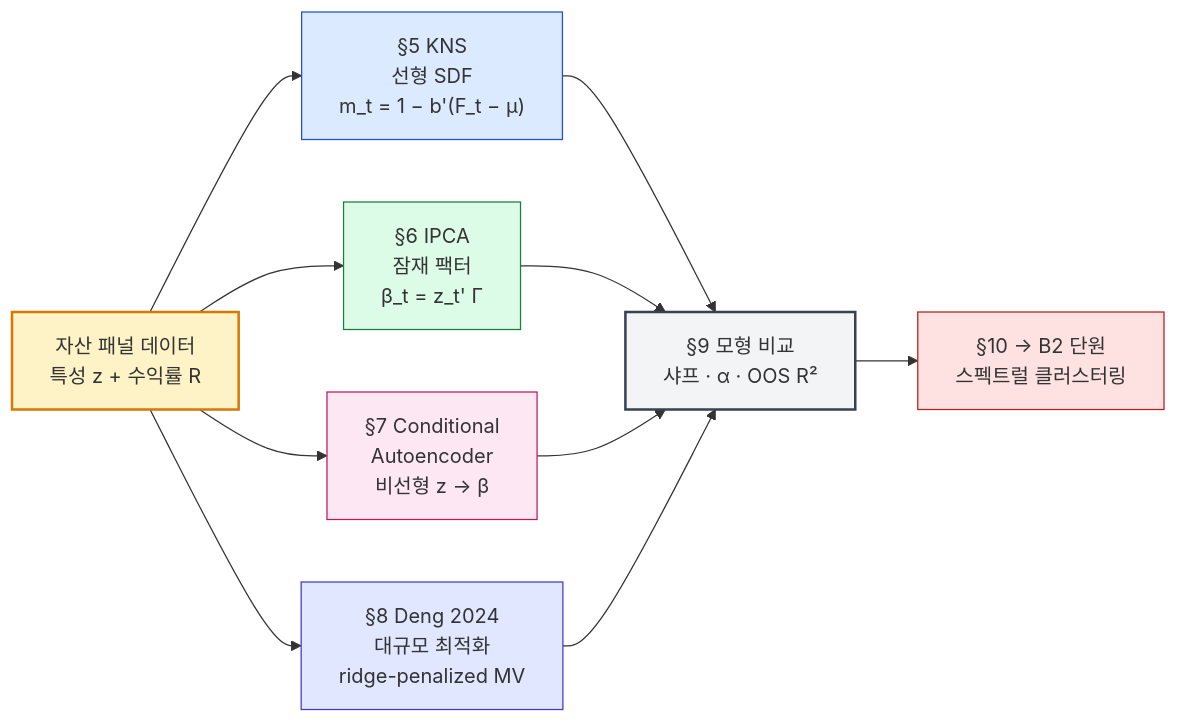
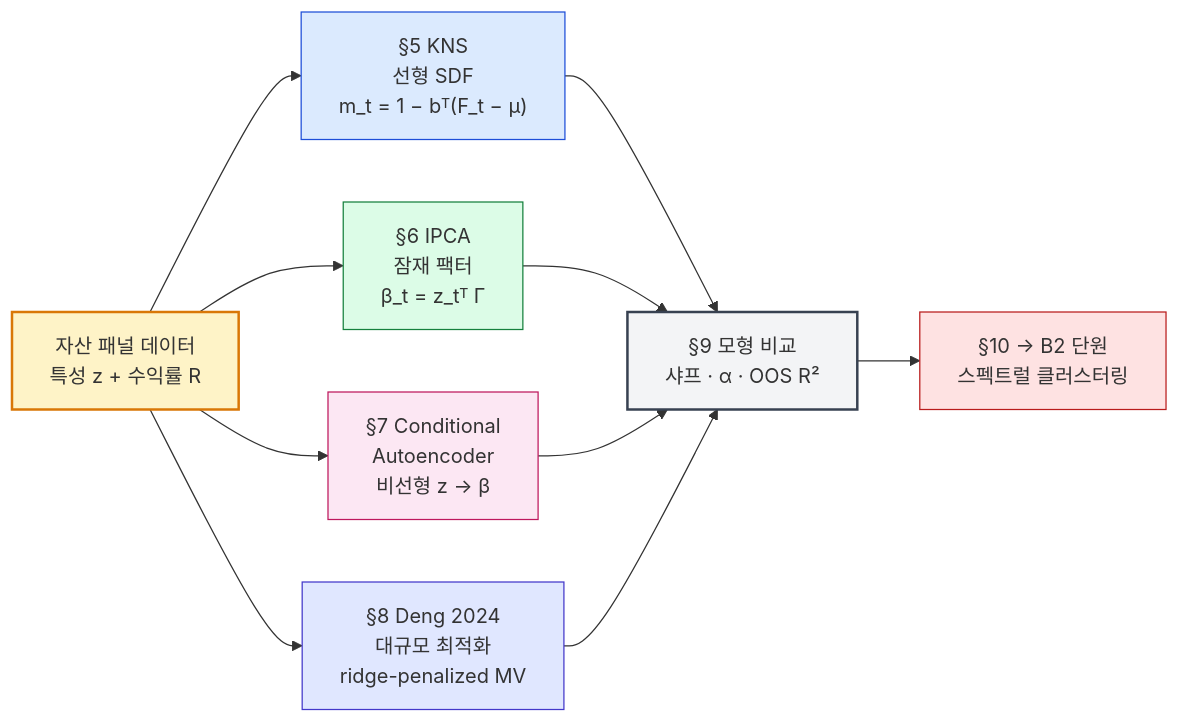
One commit to soccz/asset-management-guide changed the first of 2 diagrams in B1_ML기반_자산가격결정.md. Above: the diagram before and after it, drawn with Mermaid. The commit also changed 5 other files, not shown here.

````diff
--- a/B1_ML기반_자산가격결정.md
+++ b/B1_ML기반_자산가격결정.md
@@ -70,26 +70,26 @@
 ```mermaid
 graph LR
     DATA["자산 패널 데이터<br/>특성 z + 수익률 R"]
-    KNS["§5 KNS<br/>선형 SDF<br/>m_t = 1 − b'(F_t − μ)"]
-    IPCA["§6 IPCA<br/>잠재 팩터<br/>β_t = z_t' Γ"]
+    KNS["§5 KNS<br/>선형 SDF<br/>m_t = 1 − bᵀ(F_t − μ)"]
+    IPCA["§6 IPCA<br/>잠재 팩터<br/>β_t = z_tᵀ Γ"]
     CAE["§7 Conditional<br/>Autoencoder<br/>비선형 z → β"]
     DENG["§8 Deng 2024<br/>대규모 최적화<br/>ridge-penalized MV"]
     EVAL["§9 모형 비교<br/>샤프 · α · OOS R²"]
     NEXT["§10 → B2 단원<br/>스펙트럴 클러스터링"]
     DATA --> KNS
     DATA --> IPCA
     DATA --> CAE
     DATA --> DENG
     KNS --> EVAL
     IPCA --> EVAL
     CAE --> EVAL
     DENG --> EVAL
     EVAL --> NEXT
     style DATA fill:#fef3c7,stroke:#d97706,stroke-width:2px
     style KNS fill:#dbeafe,stroke:#1d4ed8
     style IPCA fill:#dcfce7,stroke:#15803d
     style CAE fill:#fce7f3,stroke:#be185d
     style DENG fill:#e0e7ff,stroke:#4338ca
     style EVAL fill:#f3f4f6,stroke:#374151,stroke-width:2px
     style NEXT fill:#fee2e2,stroke:#b91c1c
 ```
````
